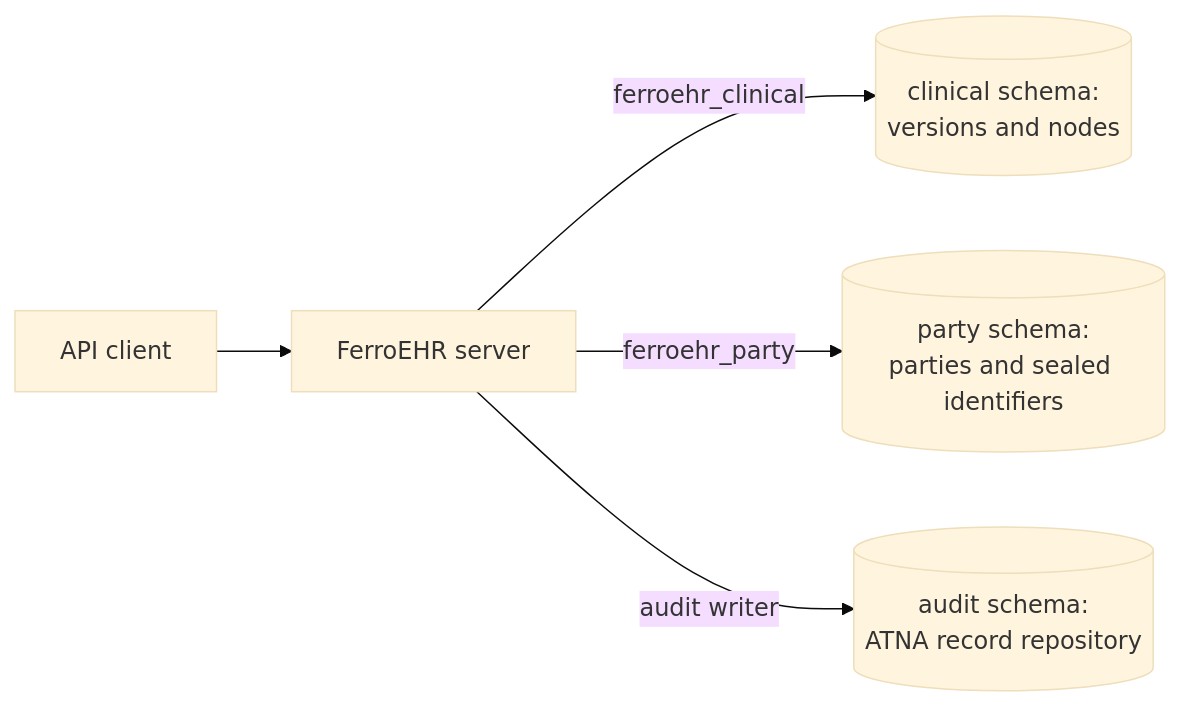
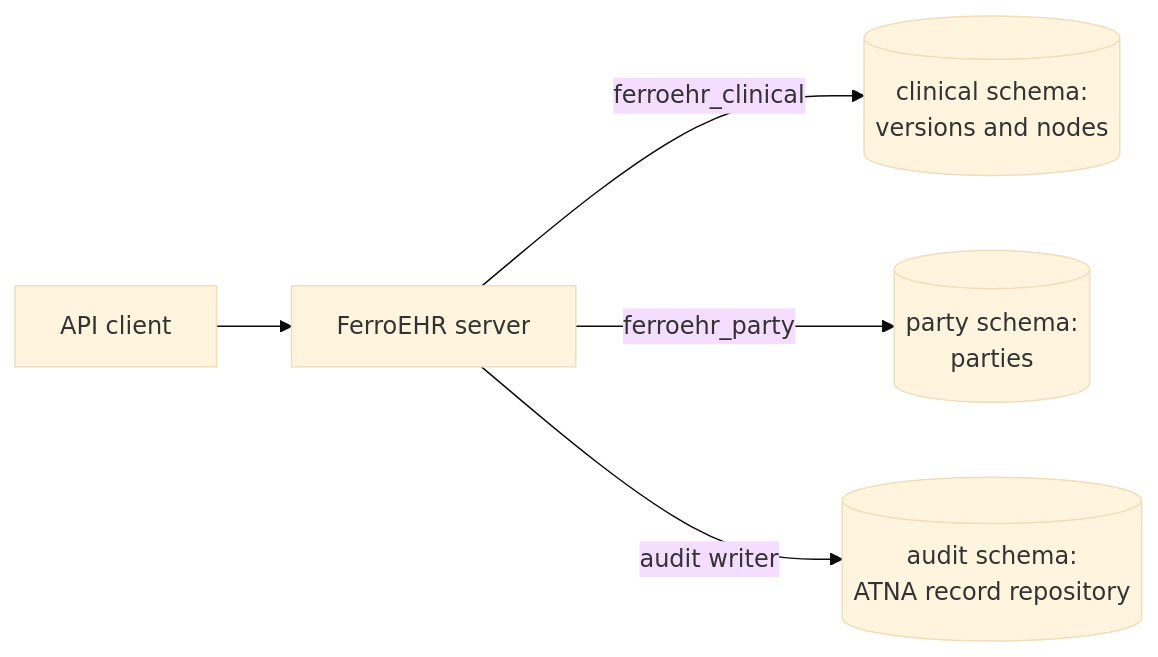
One commit to FerroHEALTH/FerroEHR changed the diagram in website/book/src/compliance/index.md. Above: the diagram before and after it, drawn with Mermaid (base theme). The commit also changed other lines of this file and 101 other files, not shown here.

````diff
--- a/website/book/src/compliance/index.md
+++ b/website/book/src/compliance/index.md
@@ -138,7 +138,7 @@
 ```mermaid
 flowchart LR
     client["API client"] --> server["FerroEHR server"]
     server -->|ferroehr_clinical| ehr[("clinical schema:<br/>versions and nodes")]
-    server -->|ferroehr_party| demo[("party schema:<br/>parties and sealed identifiers")]
+    server -->|ferroehr_party| demo[("party schema:<br/>parties")]
     server -->|audit writer| audit[("audit schema:<br/>ATNA record repository")]
 ```
````
